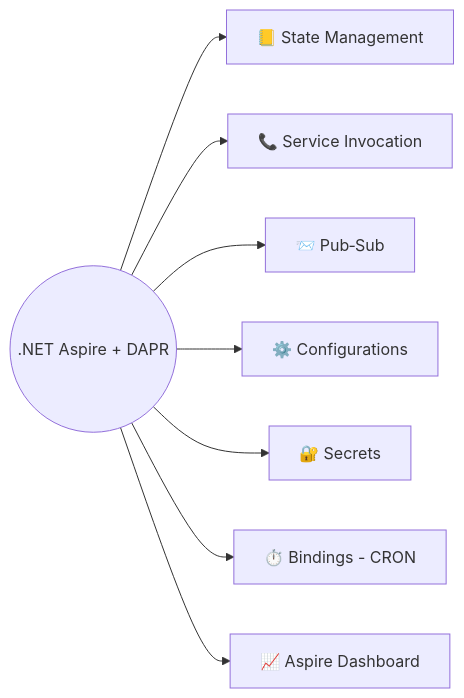
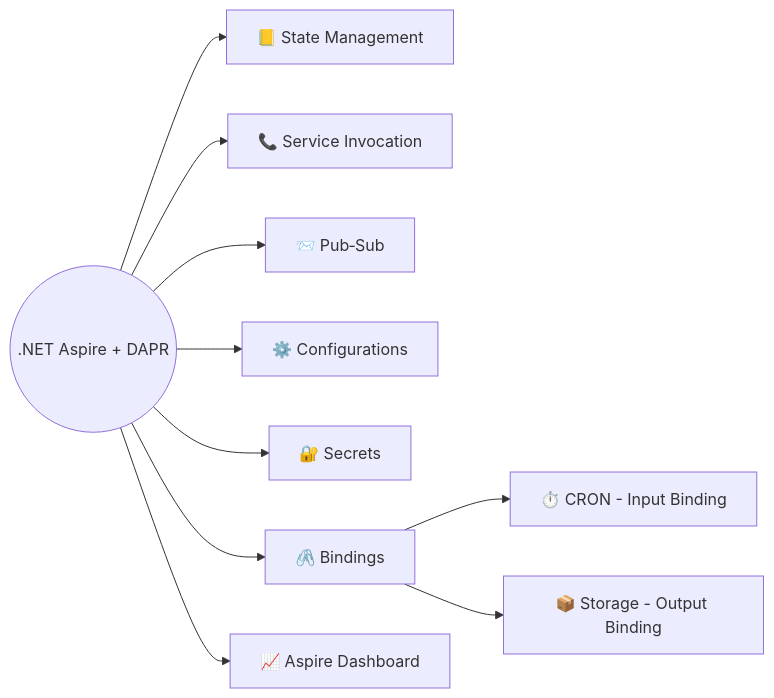
The diagram in content/courses/dapr-aspire/_index.md (NetRecipes/NetRecipes.github.io), drawn with Mermaid before and after one commit. The commit also changed 1 other file, not shown here.

Commit message:
Update Index

````diff
--- a/content/courses/dapr-aspire/_index.md
+++ b/content/courses/dapr-aspire/_index.md
@@ -14,27 +14,33 @@
 ```mermaid
 flowchart LR
     root((.NET Aspire + DAPR))
     sm[📒 State Management]
     si[📞 Service Invocation]
     ps[📨 Pub‑Sub]
     cfg[⚙️ Configurations]
     sec[🔐 Secrets]
-    bind[⏱️ Bindings - CRON]
+    bind[🖇️  Bindings]
+    cron[⏱️ CRON - Input Binding]
+    store[📦 Storage - Output Binding]
     dash[📈 Aspire Dashboard]
 
     root --> sm
     root --> si
     root --> ps
     root --> cfg
     root --> sec
     root --> bind
+    bind --> cron
+    bind --> store
     root --> dash
 
     click sm "/courses/dapr-aspire/state-management/" "Go to State Management"
     click si "/courses/dapr-aspire/service-invocation/" "Go to Service Invocation"
     click ps "/courses/dapr-aspire/pub-sub/" "Go to Pub-Sub"
     click cfg "/courses/dapr-aspire/configurations/" "Go to Configurations"
     click sec "/courses/dapr-aspire/secrets/" "Go to Secrets"
-    click bind "/courses/dapr-aspire/bindings/" "Go to Bindings - CRON"
+    click bind "/courses/dapr-aspire/bindings/" "Go to Bindings"
+    click cron "/courses/dapr-aspire/bindings/#cron" "Go to Bindings - CRON"
+    click store "/courses/dapr-aspire/bindings/#local-storage" "Go to Bindings - Storage"
     click dash "/courses/dapr-aspire/aspire-dashboard/" "Go to Aspire Dashboard"
 ```
````
